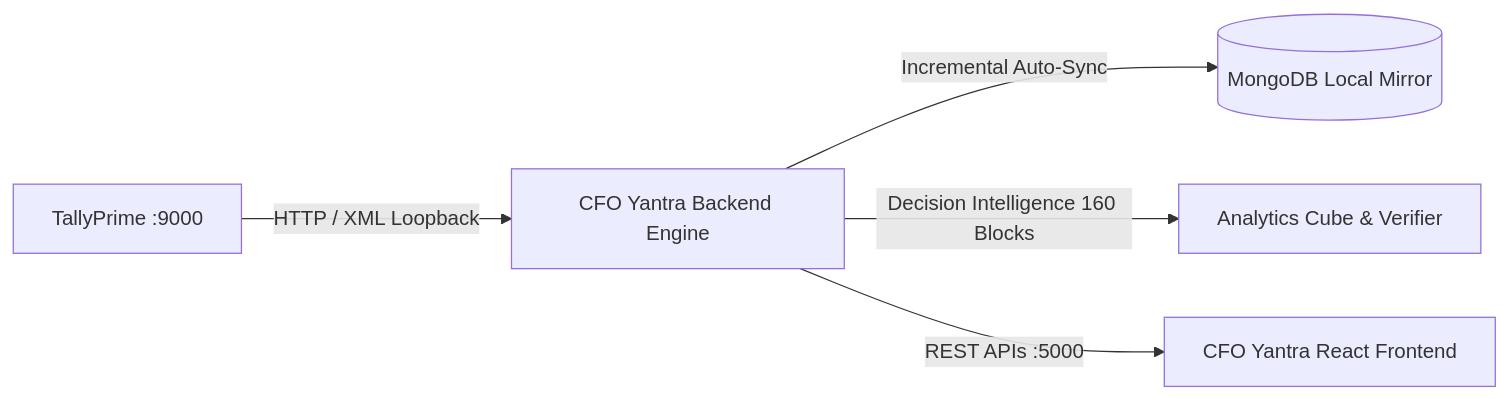
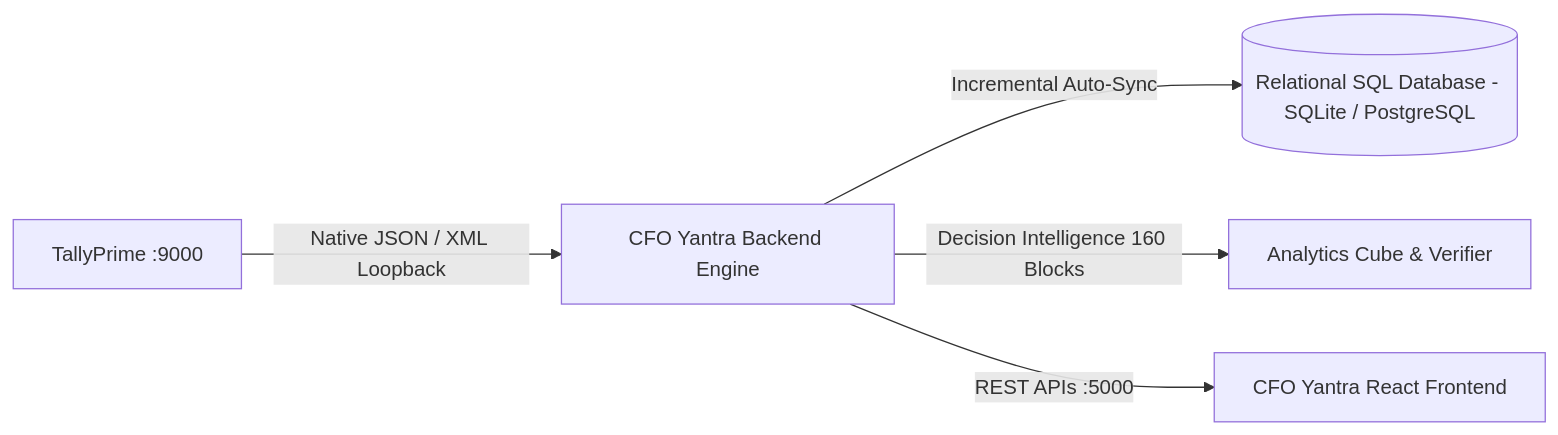
The first of 2 diagrams in README.md (pankajtalentpaw/CFO-YANTRA-SAAS-BE), drawn with Mermaid before and after one commit. The commit also changed other lines of this file and 50 other files, not shown here.

Commit message:
feat: initialize backend application with TallyPrime integration, sync engines, and core models

````diff
--- a/README.md
+++ b/README.md
@@ -47,7 +48,7 @@
 ```mermaid
 graph LR
-    A[TallyPrime :9000] -->|HTTP / XML Loopback| B[CFO Yantra Backend Engine]
-    B -->|Incremental Auto-Sync| C[(MongoDB Local Mirror)]
+    A[TallyPrime :9000] -->|Native JSON / XML Loopback| B[CFO Yantra Backend Engine]
+    B -->|Incremental Auto-Sync| C[(Relational SQL Database - SQLite / PostgreSQL)]
     B -->|Decision Intelligence 160 Blocks| D[Analytics Cube & Verifier]
     B -->|REST APIs :5000| E[CFO Yantra React Frontend]
 ```
````
